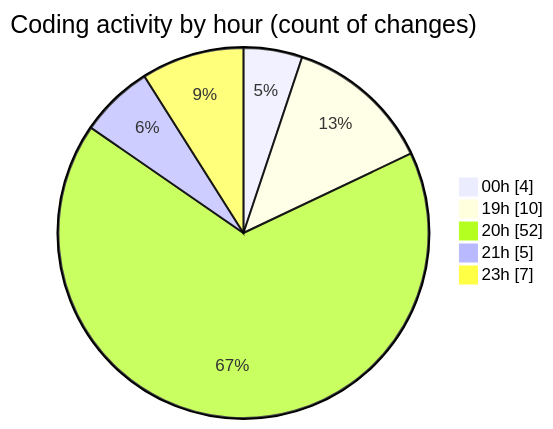
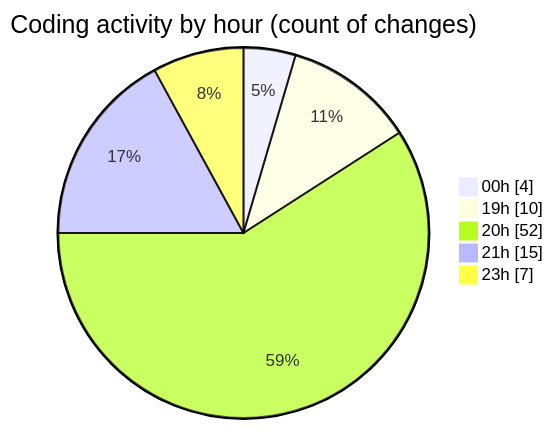
Before and after one commit to momahboobian/code-tracking: the second of 2 diagrams in 2025-02-27/cda/README.md, drawn with Mermaid. The commit also changed other lines of this file and 1 other file, not shown here.

````diff
--- a/2025-02-27/cda/README.md
+++ b/2025-02-27/cda/README.md
@@ -42,9 +42,9 @@
 ```mermaid
 pie showData
 title Coding activity by hour (count of changes)
 "00h" : 4
 "19h" : 10
 "20h" : 52
-"21h" : 5
+"21h" : 15
 "23h" : 7
 ```
````
